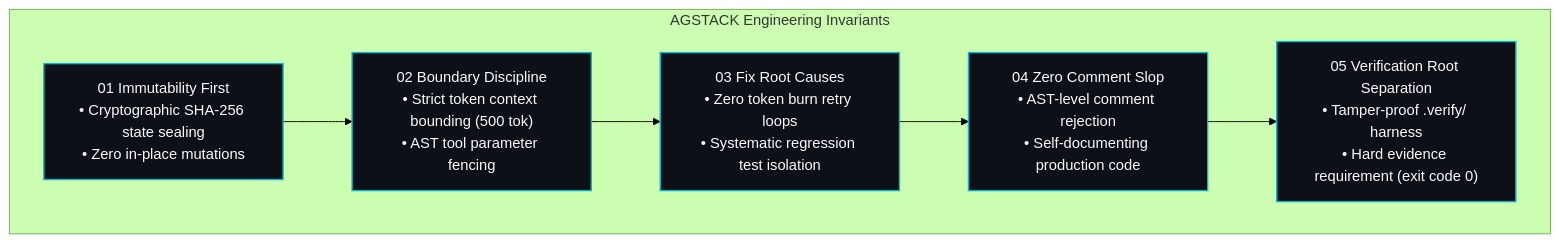
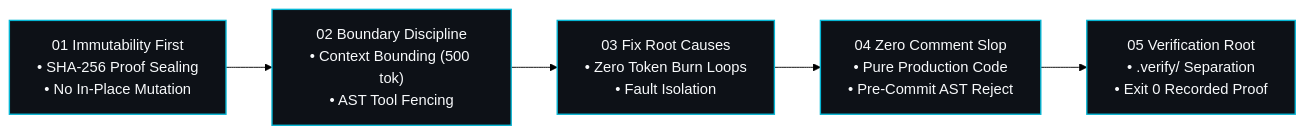
Before and after one commit to autonomic-ai-dev/website: the diagram in src/routes/docs/agstack/+page.md, drawn with Mermaid (forest theme). The commit also changed 5 other files, not shown here.

Commit message:
feat(docs): add engineering invariants page, horizontal diagrams, and fixed scroll-spy

````diff
--- a/src/routes/docs/agstack/+page.md
+++ b/src/routes/docs/agstack/+page.md
@@ -31,13 +31,10 @@
 ```mermaid
-flowchart TD
-    subgraph AGSTACK["AGSTACK Engineering Invariants"]
-        I1["01 Immutability First<br/>• Cryptographic SHA-256 state sealing<br/>• Zero in-place mutations"]
-        I2["02 Boundary Discipline<br/>• Strict token context bounding (500 tok)<br/>• AST tool parameter fencing"]
-        I3["03 Fix Root Causes<br/>• Zero token burn retry loops<br/>• Systematic regression test isolation"]
-        I4["04 Zero Comment Slop<br/>• AST-level comment rejection<br/>• Self-documenting production code"]
-        I5["05 Verification Root Separation<br/>• Tamper-proof .verify/ harness<br/>• Hard evidence requirement (exit code 0)"]
-    end
-    I1 --> I2 --> I3 --> I4 --> I5
+flowchart LR
+    I1["01 Immutability First\n• SHA-256 Proof Sealing\n• No In-Place Mutation"] --> I2["02 Boundary Discipline\n• Context Bounding (500 tok)\n• AST Tool Fencing"]
+    I2 --> I3["03 Fix Root Causes\n• Zero Token Burn Loops\n• Fault Isolation"]
+    I3 --> I4["04 Zero Comment Slop\n• Pure Production Code\n• Pre-Commit AST Reject"]
+    I4 --> I5["05 Verification Root\n• .verify/ Separation\n• Exit 0 Recorded Proof"]
+
     classDef invariantClass fill:#0d1117,stroke:#06b6d4,stroke-width:1.5px,color:#f8fafc;
     class I1,I2,I3,I4,I5 invariantClass;
 ```
````
